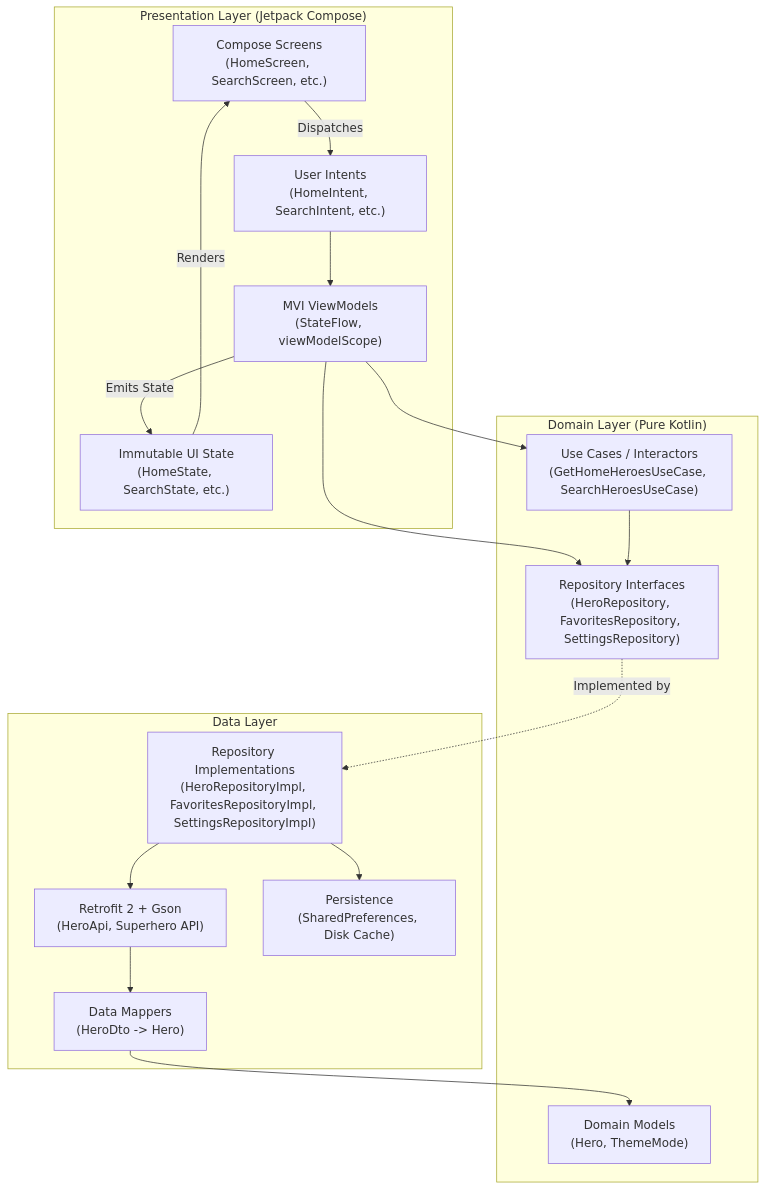
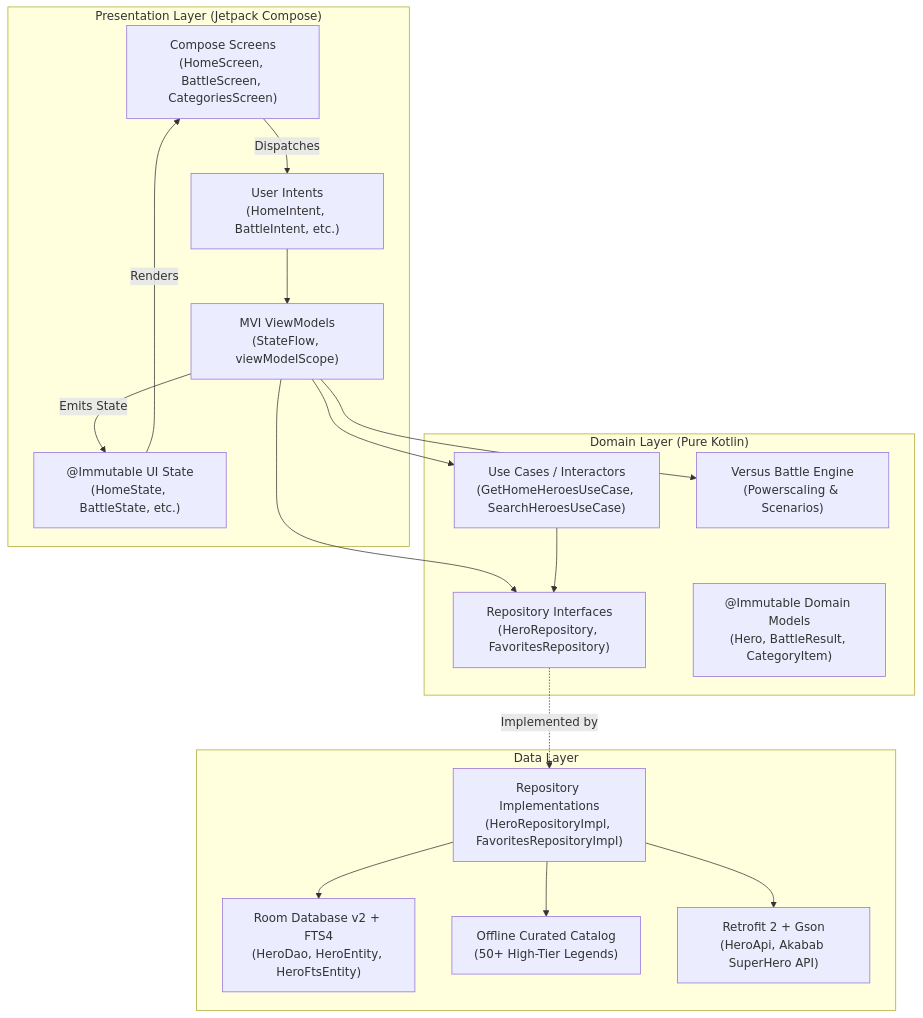
One commit to VEDANTSUNILRAUT/HeroHub changed the diagram in README.md. Above: the diagram before and after it, drawn with Mermaid. The commit also changed other lines of this file, not shown here.

Commit message:
docs: Update README.md with all new features and architecture specifications

````diff
--- a/README.md
+++ b/README.md
@@ -93,37 +154,38 @@
 ```mermaid
 graph TD
     subgraph UI ["Presentation Layer (Jetpack Compose)"]
-        UI_View["Compose Screens\n(HomeScreen, SearchScreen, etc.)"]
-        UI_Intent["User Intents\n(HomeIntent, SearchIntent, etc.)"]
-        UI_State["Immutable UI State\n(HomeState, SearchState, etc.)"]
+        UI_View["Compose Screens\n(HomeScreen, BattleScreen, CategoriesScreen)"]
+        UI_Intent["User Intents\n(HomeIntent, BattleIntent, etc.)"]
+        UI_State["@Immutable UI State\n(HomeState, BattleState, etc.)"]
         UI_VM["MVI ViewModels\n(StateFlow, viewModelScope)"]
         
         UI_View -->|Dispatches| UI_Intent
         UI_Intent --> UI_VM
         UI_VM -->|Emits State| UI_State
         UI_State -->|Renders| UI_View
     end
 
     subgraph Domain ["Domain Layer (Pure Kotlin)"]
         UC["Use Cases / Interactors\n(GetHomeHeroesUseCase, SearchHeroesUseCase)"]
-        Repo_Interface["Repository Interfaces\n(HeroRepository, FavoritesRepository, SettingsRepository)"]
-        Models["Domain Models\n(Hero, ThemeMode)"]
+        BattleEngine["Versus Battle Engine\n(Powerscaling & Scenarios)"]
+        Repo_Interface["Repository Interfaces\n(HeroRepository, FavoritesRepository)"]
+        Models["@Immutable Domain Models\n(Hero, BattleResult, CategoryItem)"]
         
         UI_VM --> UC
+        UI_VM --> BattleEngine
         UI_VM --> Repo_Interface
         UC --> Repo_Interface
     end
 
     subgraph Data ["Data Layer"]
-        Repo_Impl["Repository Implementations\n(HeroRepositoryImpl, FavoritesRepositoryImpl, SettingsRepositoryImpl)"]
-        Remote["Retrofit 2 + Gson\n(HeroApi, Superhero API)"]
-        Local["Persistence\n(SharedPreferences, Disk Cache)"]
-        Mappers["Data Mappers\n(HeroDto -> Hero)"]
+        Repo_Impl["Repository Implementations\n(HeroRepositoryImpl, FavoritesRepositoryImpl)"]
+        LocalDB["Room Database v2 + FTS4\n(HeroDao, HeroEntity, HeroFtsEntity)"]
+        CuratedCatalog["Offline Curated Catalog\n(50+ High-Tier Legends)"]
+        Remote["Retrofit 2 + Gson\n(HeroApi, Akabab SuperHero API)"]
         
         Repo_Interface -.->|Implemented by| Repo_Impl
+        Repo_Impl --> LocalDB
+        Repo_Impl --> CuratedCatalog
         Repo_Impl --> Remote
-        Repo_Impl --> Local
-        Remote --> Mappers
-        Mappers --> Models
     end
 ```
````
